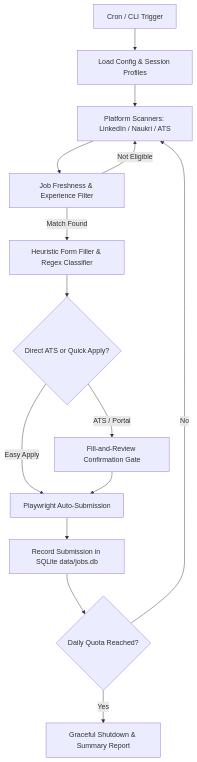
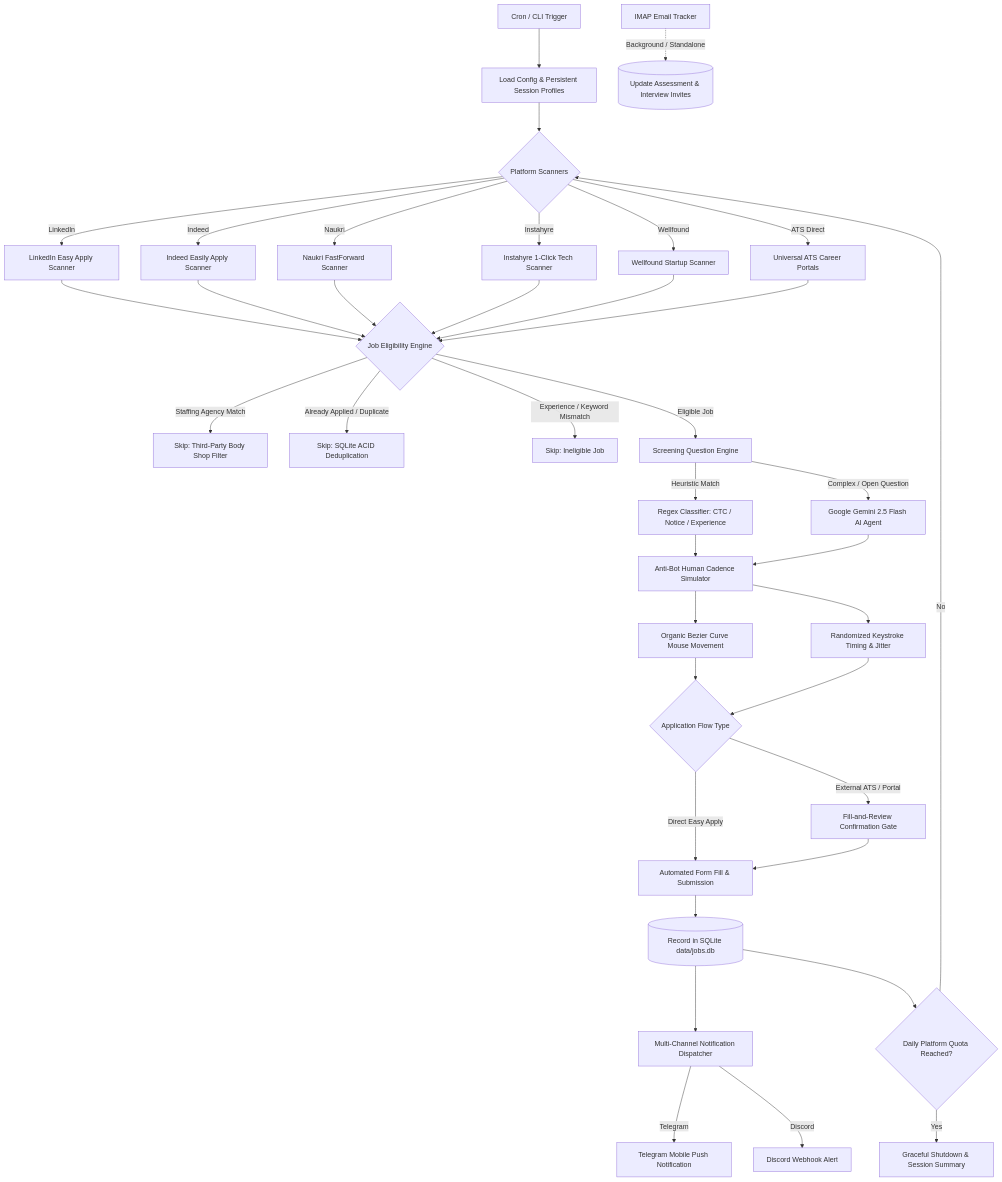
The diagram in README.md (Ansh-mishra2000/job-apply-automation), drawn with Mermaid before and after one commit. The commit also changed other lines of this file and 25 other files, not shown here.

Commit message:
feat: add Indeed, Instahyre, Wellfound automation, Gemini AI screening, push alerts, and email tracking

````diff
--- a/README.md
+++ b/README.md
@@ -15,16 +19,40 @@
 ```mermaid
-graph TD
-    A[Cron / CLI Trigger] --> B[Load Config & Session Profiles]
-    B --> C[Platform Scanners: LinkedIn / Naukri / ATS]
-    C --> D[Job Freshness & Experience Filter]
-    D -->|Match Found| E[Heuristic Form Filler & Regex Classifier]
-    D -->|Not Eligible| C
-    E --> F{Direct ATS or Quick Apply?}
-    F -->|ATS / Portal| G[Fill-and-Review Confirmation Gate]
-    F -->|Easy Apply| H[Playwright Auto-Submission]
-    G --> H
-    H --> I[Record Submission in SQLite data/jobs.db]
-    I --> J{Daily Quota Reached?}
-    J -->|No| C
-    J -->|Yes| K[Graceful Shutdown & Summary Report]
+flowchart TD
+    A[Cron / CLI Trigger] --> B[Load Config & Persistent Session Profiles]
+    B --> C{Platform Scanners}
+    C -->|LinkedIn| D1[LinkedIn Easy Apply Scanner]
+    C -->|Indeed| D2[Indeed Easily Apply Scanner]
+    C -->|Naukri| D3[Naukri FastForward Scanner]
+    C -->|Instahyre| D4[Instahyre 1-Click Tech Scanner]
+    C -->|Wellfound| D5[Wellfound Startup Scanner]
+    C -->|ATS Direct| D6[Universal ATS Career Portals]
+
+    D1 & D2 & D3 & D4 & D5 & D6 --> E{Job Eligibility Engine}
+    E -->|Staffing Agency Match| E1[Skip: Third-Party Body Shop Filter]
+    E -->|Already Applied / Duplicate| E2[Skip: SQLite ACID Deduplication]
+    E -->|Experience / Keyword Mismatch| E3[Skip: Ineligible Job]
+    
+    E -->|Eligible Job| F[Screening Question Engine]
+    F -->|Heuristic Match| G1[Regex Classifier: CTC / Notice / Experience]
+    F -->|Complex / Open Question| G2[Google Gemini 2.5 Flash AI Agent]
+    
+    G1 & G2 --> H[Anti-Bot Human Cadence Simulator]
+    H --> H1[Organic Bezier Curve Mouse Movement]
+    H --> H2[Randomized Keystroke Timing & Jitter]
+
+    H1 & H2 --> I{Application Flow Type}
+    I -->|Direct Easy Apply| J1[Automated Form Fill & Submission]
+    I -->|External ATS / Portal| J2[Fill-and-Review Confirmation Gate]
+    J2 --> J1
+
+    J1 --> K[(Record in SQLite data/jobs.db)]
+    K --> L[Multi-Channel Notification Dispatcher]
+    L -->|Telegram| L1[Telegram Mobile Push Notification]
+    L -->|Discord| L2[Discord Webhook Alert]
+
+    K --> M{Daily Platform Quota Reached?}
+    M -->|No| C
+    M -->|Yes| N[Graceful Shutdown & Session Summary]
+
+    O[IMAP Email Tracker] -.->|Background / Standalone| P[(Update Assessment & Interview Invites)]
 ```
````
